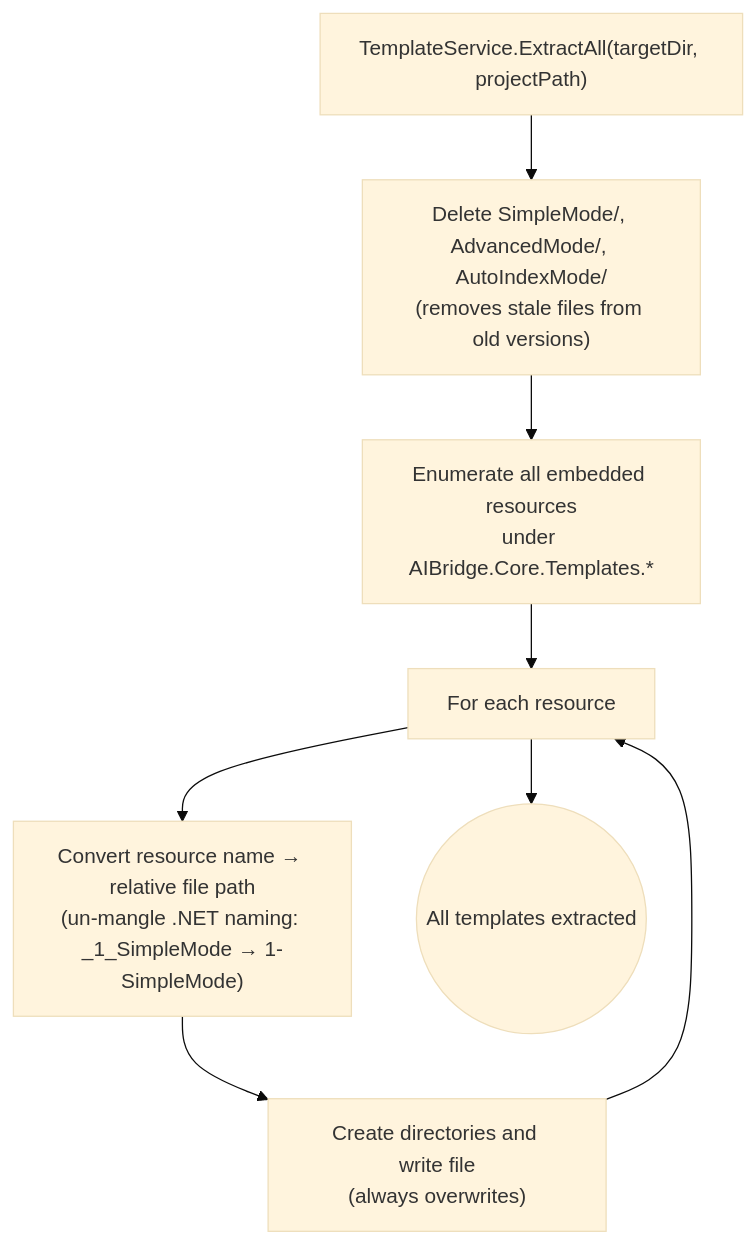
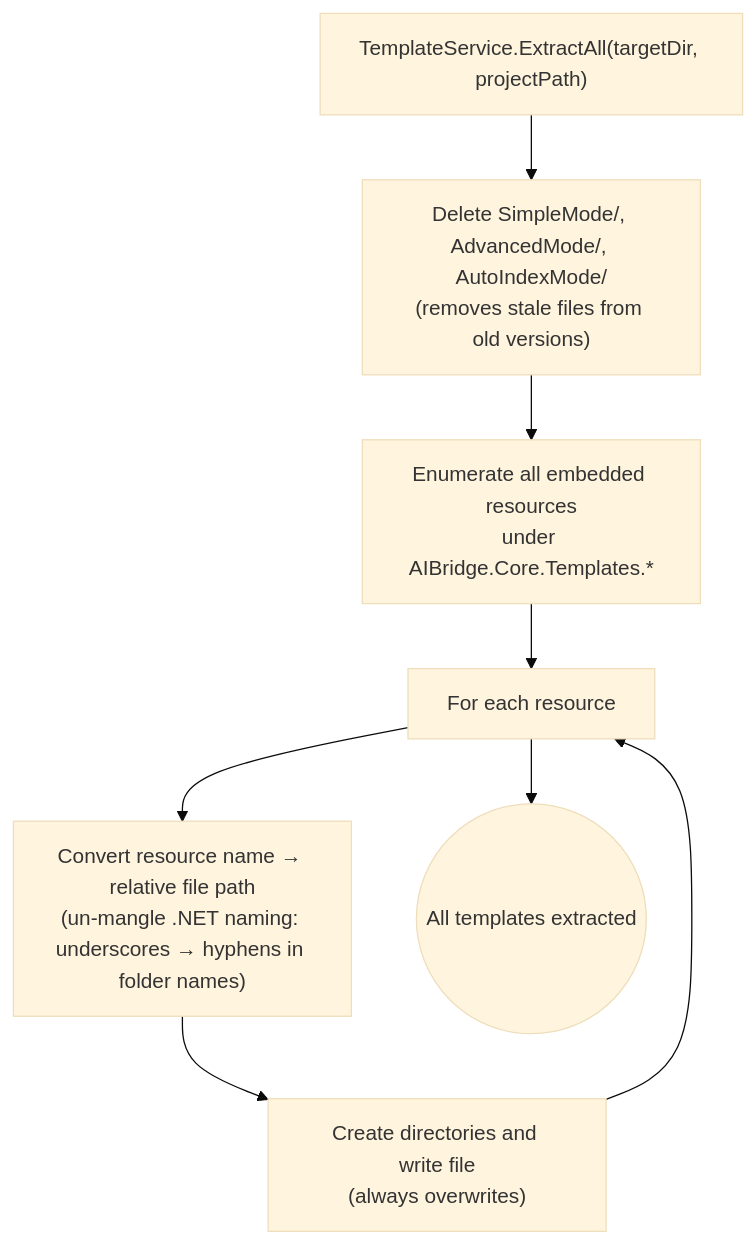
One commit to arpanvgm/ai-bridge changed the third of 8 diagrams in workflows/CORE.md. Above: the diagram before and after it, drawn with Mermaid (base theme).

Commit message:
Removed SimpleMode from flowchrart doc

```diff
--- a/workflows/CORE.md
+++ b/workflows/CORE.md
@@ -66,11 +66,11 @@
 ~~~mermaid
 flowchart TD
     Start["TemplateService.ExtractAll(targetDir, projectPath)"]
     Start --> DeleteFolders["Delete SimpleMode/, AdvancedMode/, AutoIndexMode/\n(removes stale files from old versions)"]
     DeleteFolders --> Enumerate["Enumerate all embedded resources\nunder AIBridge.Core.Templates.*"]
     Enumerate --> Loop["For each resource"]
-    Loop --> Convert["Convert resource name → relative file path\n(un-mangle .NET naming: _1_SimpleMode → 1-SimpleMode)"]
+    Loop --> Convert["Convert resource name → relative file path\n(un-mangle .NET naming: underscores → hyphens in folder names)"]
     Convert --> Write["Create directories and write file\n(always overwrites)"]
     Write --> Loop
     Loop --> Done(("All templates extracted"))
 ~~~
```
